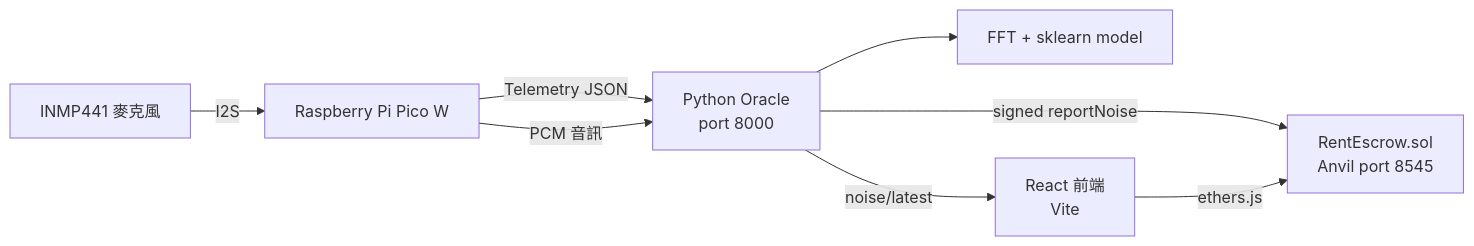
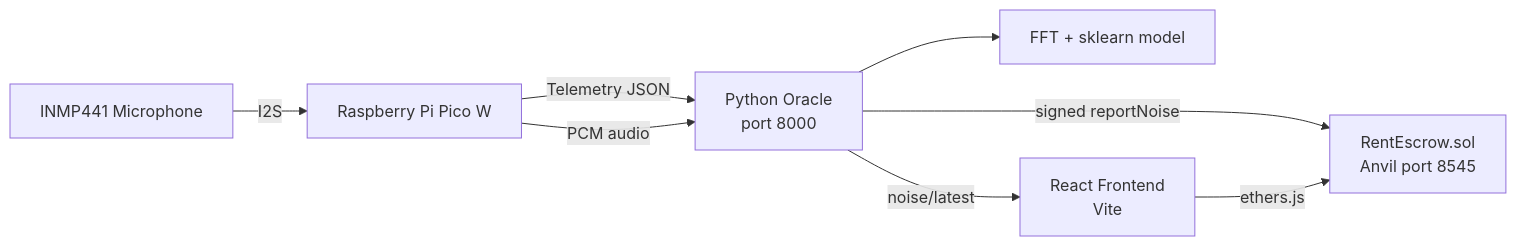
Before and after one commit to reacher-dev/blockchainProject: the diagram in README.md, drawn with Mermaid. The commit also changed other lines of this file, not shown here.

````diff
--- a/README.md
+++ b/README.md
@@ -13,16 +13,16 @@
 ```mermaid
 flowchart LR
-    Mic["INMP441 麥克風"]
+    Mic["INMP441 Microphone"]
     Pico["Raspberry Pi Pico W"]
     Oracle["Python Oracle<br/>port 8000"]
     FFT["FFT + sklearn model"]
     Contract["RentEscrow.sol<br/>Anvil port 8545"]
-    Frontend["React 前端<br/>Vite"]
+    Frontend["React Frontend<br/>Vite"]
     Mic -->|I2S| Pico
     Pico -->|Telemetry JSON| Oracle
-    Pico -->|PCM 音訊| Oracle
+    Pico -->|PCM audio| Oracle
     Oracle --> FFT
     Oracle -->|noise/latest| Frontend
     Oracle -->|signed reportNoise| Contract
     Frontend -->|ethers.js| Contract
 ```
````
